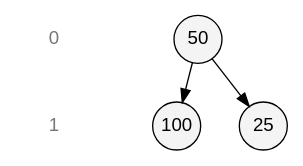
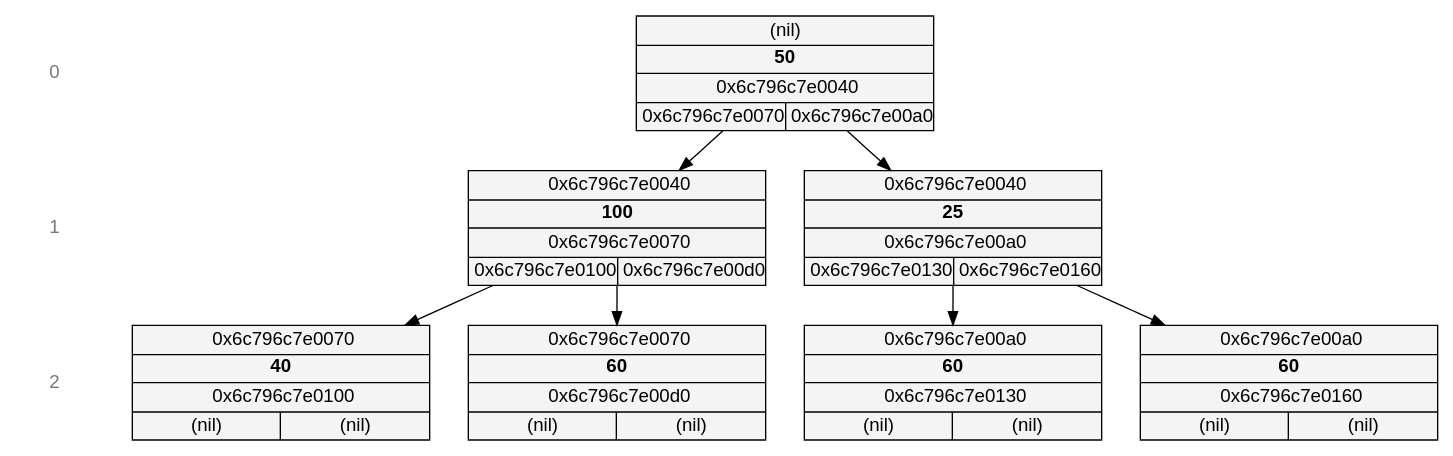
Before and after one commit to T04-ka/Binary-Tree: the diagram in hui.dot, drawn with Graphviz. The commit also changed 8 other files, not shown here.

```diff
--- a/hui.dot
+++ b/hui.dot
@@ -1,29 +1,46 @@
 digraph G {
 	rankdir=TB
 	nodesep=0.4
 	ranksep=0.4;
 	splines=true;
 
-	node [shape=circle, style=filled, fillcolor="#F4F4F4", width=0.5, fixedsize=true, fontname="Arial"];        
+	node [shape=record, style=filled, fillcolor="#F4F4F4", width=3.1, height=1.2, fixedsize=true, fontname="Arial"];        
 
 	subgraph levels {
 		node [shape=plaintext, width=0.8, style=filled, fillcolor=none, fontname="Arial", fontcolor="#777777"];
 
 		L_0 [label="0"];
 		L_1 [label="1"];
+		L_2 [label="2"];
 
-		L_0 -> L_1 [style=invis];
+		L_0 -> L_1 -> L_2 [style=invis];
 	}
 
-	node_0x71809bbe0040[label="50"];
-	{ rank=same; node_0x71809bbe0040; L_0 };
+	node_0x6c796c7e0040[label=<{ {(nil)} | {<b>50</b>} | {0x6c796c7e0040} | { 0x6c796c7e0070 | 0x6c796c7e00a0} }>];
+	{ rank=same; node_0x6c796c7e0040; L_0 };
 
-	node_0x71809bbe0070[label="100"];
-	{ rank=same; node_0x71809bbe0070; L_1 };
+	node_0x6c796c7e0070[label=<{ {0x6c796c7e0040} | {<b>100</b>} | {0x6c796c7e0070} | { 0x6c796c7e0100 | 0x6c796c7e00d0} }>];
+	{ rank=same; node_0x6c796c7e0070; L_1 };
 
-	node_0x71809bbe00a0[label="25"];
-	{ rank=same; node_0x71809bbe00a0; L_1 };
+	node_0x6c796c7e0100[label=<{ {0x6c796c7e0070} | {<b>40</b>} | {0x6c796c7e0100} | { (nil) | (nil)} }>];
+	{ rank=same; node_0x6c796c7e0100; L_2 };
 
-	node_0x71809bbe0040 -> node_0x71809bbe0070;
-	node_0x71809bbe0040 -> node_0x71809bbe00a0;
+	node_0x6c796c7e00d0[label=<{ {0x6c796c7e0070} | {<b>60</b>} | {0x6c796c7e00d0} | { (nil) | (nil)} }>];
+	{ rank=same; node_0x6c796c7e00d0; L_2 };
+
+	node_0x6c796c7e00a0[label=<{ {0x6c796c7e0040} | {<b>25</b>} | {0x6c796c7e00a0} | { 0x6c796c7e0130 | 0x6c796c7e0160} }>];
+	{ rank=same; node_0x6c796c7e00a0; L_1 };
+
+	node_0x6c796c7e0130[label=<{ {0x6c796c7e00a0} | {<b>60</b>} | {0x6c796c7e0130} | { (nil) | (nil)} }>];
+	{ rank=same; node_0x6c796c7e0130; L_2 };
+
+	node_0x6c796c7e0160[label=<{ {0x6c796c7e00a0} | {<b>60</b>} | {0x6c796c7e0160} | { (nil) | (nil)} }>];
+	{ rank=same; node_0x6c796c7e0160; L_2 };
+
+	node_0x6c796c7e0040 -> node_0x6c796c7e0070;
+	node_0x6c796c7e0070 -> node_0x6c796c7e0100;
+	node_0x6c796c7e0070 -> node_0x6c796c7e00d0;
+	node_0x6c796c7e0040 -> node_0x6c796c7e00a0;
+	node_0x6c796c7e00a0 -> node_0x6c796c7e0130;
+	node_0x6c796c7e00a0 -> node_0x6c796c7e0160;
 }
```
